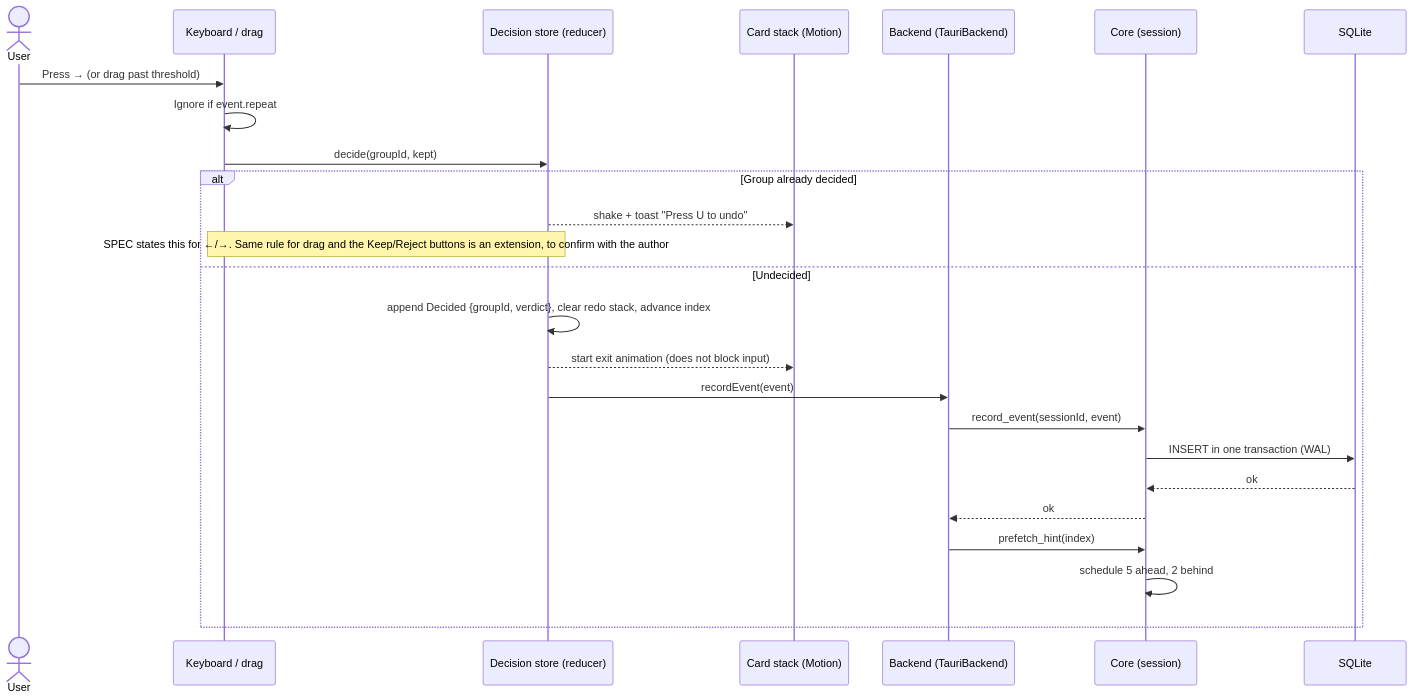
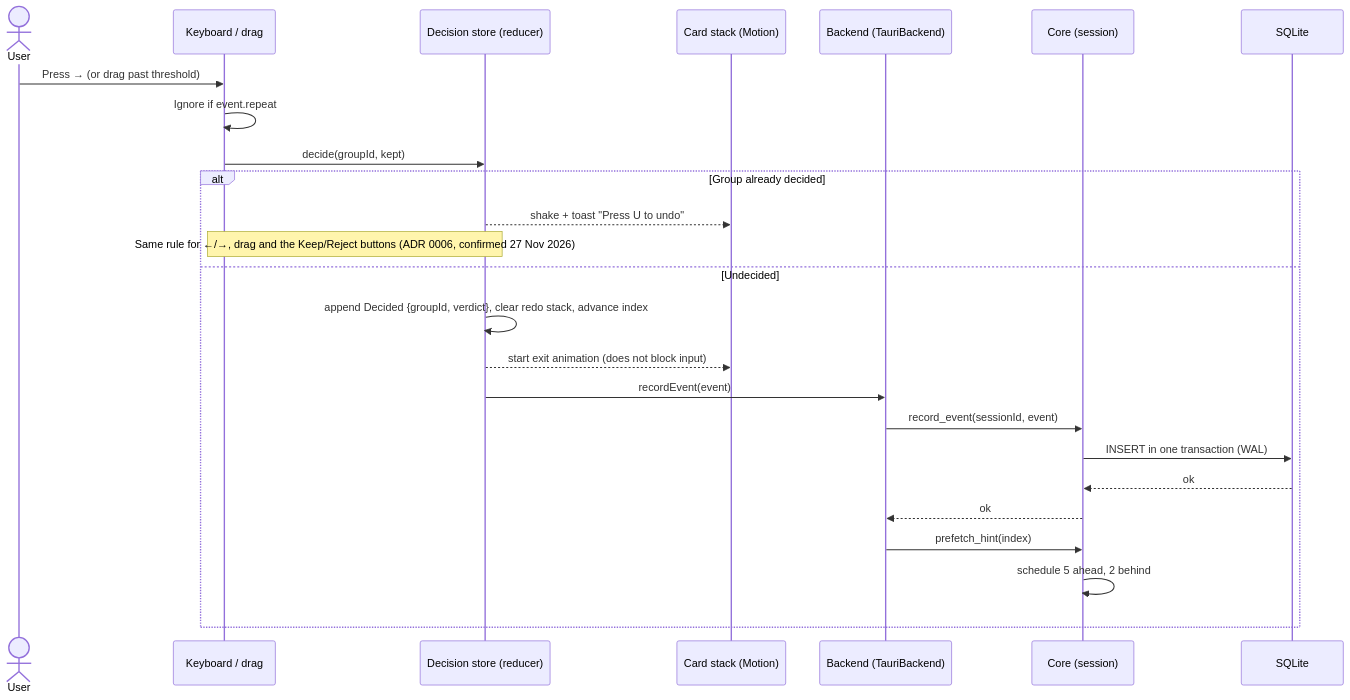
The fifth of 9 diagrams in docs/architecture.md (margaux-faurie/culla), drawn with Mermaid before and after one commit. The commit also changed other lines of this file and 20 other files, not shown here.

````diff
--- a/docs/architecture.md
+++ b/docs/architecture.md
@@ -258,28 +258,28 @@
 ```mermaid
 sequenceDiagram
   actor U as User
   participant K as Keyboard / drag
   participant R as Decision store (reducer)
   participant CS as Card stack (Motion)
   participant BE as Backend (TauriBackend)
   participant C as Core (session)
   participant DB as SQLite
 
   U->>K: Press → (or drag past threshold)
   K->>K: Ignore if event.repeat
   K->>R: decide(groupId, kept)
   alt Group already decided
     R-->>CS: shake + toast "Press U to undo"
-    Note over K,R: SPEC states this for ←/→. Same rule for drag and the Keep/Reject buttons is an extension, to confirm with the author
+    Note over K,R: Same rule for ←/→, drag and the Keep/Reject buttons (ADR 0006, confirmed 27 Nov 2026)
   else Undecided
     R->>R: append Decided {groupId, verdict}, clear redo stack, advance index
     R-->>CS: start exit animation (does not block input)
     R->>BE: recordEvent(event)
     BE->>C: record_event(sessionId, event)
     C->>DB: INSERT in one transaction (WAL)
     DB-->>C: ok
     C-->>BE: ok
     BE->>C: prefetch_hint(index)
     C->>C: schedule 5 ahead, 2 behind
   end
 ```
````
